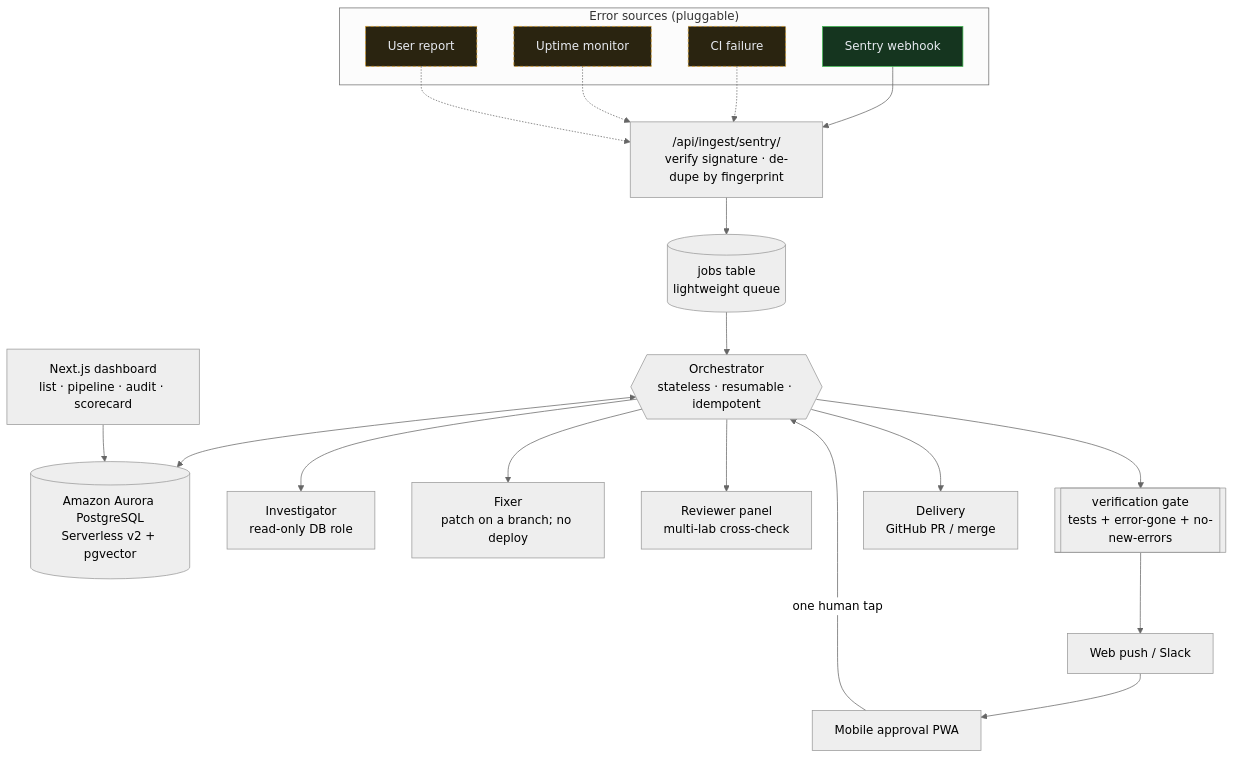
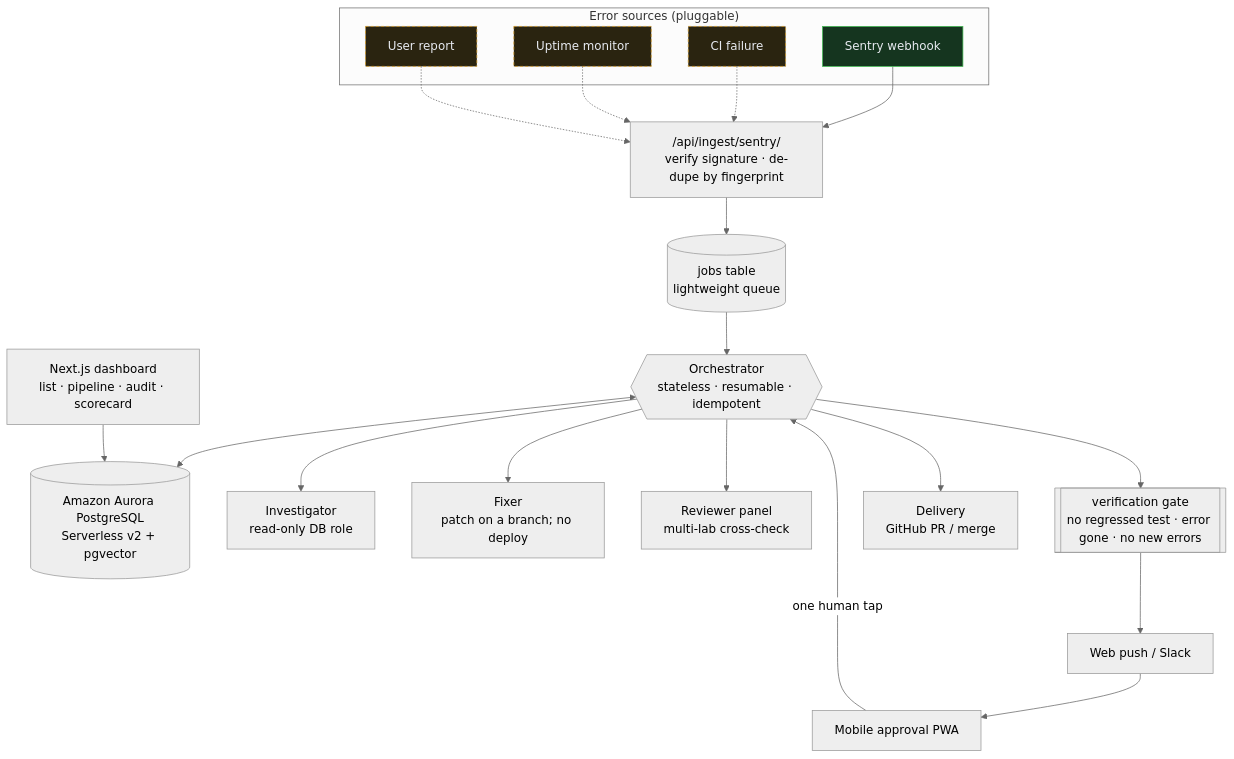
One commit to BlinkZ404/Warden-Web changed the first of 3 diagrams in docs/product/architecture.md. Above: the diagram before and after it, drawn with Mermaid (neutral theme). The commit also changed other lines of this file and 34 other files, not shown here.

````diff
--- a/docs/product/architecture.md
+++ b/docs/product/architecture.md
@@ -8,34 +10,34 @@
 ```mermaid
 flowchart TB
  subgraph sources["Error sources (pluggable)"]
  S[Sentry webhook]:::live
  CI[CI failure]:::stub
  UP[Uptime monitor]:::stub
  UR[User report]:::stub
  end
 
  S --> ING["/api/ingest/sentry/<br/>verify signature · de-dupe by fingerprint"]
  CI -.-> ING
  UP -.-> ING
  UR -.-> ING
 
  ING --> Q[(jobs table<br/>lightweight queue)]
  Q --> ORCH{{Orchestrator<br/>stateless · resumable · idempotent}}
 
  ORCH <--> DB[(Amazon Aurora PostgreSQL<br/>Serverless v2 + pgvector)]
 
  ORCH --> INV[Investigator<br/>read-only DB role]
  ORCH --> FIX[Fixer<br/>patch on a branch; no deploy]
  ORCH --> REV[Reviewer panel<br/>multi-lab cross-check]
- ORCH --> GATE[[verification gate<br/>tests + error-gone + no-new-errors]]
+ ORCH --> GATE[[verification gate<br/>no regressed test · error gone · no new errors]]
  ORCH --> DEP[Delivery<br/>GitHub PR / merge]
 
  GATE --> PUSH[Web push / Slack]
  PUSH --> PWA[Mobile approval PWA]
  PWA -->|one human tap| ORCH
 
  DASH[Next.js dashboard<br/>list · pipeline · audit · scorecard] --> DB
 
  classDef live fill:#15351f,stroke:#3fb950,color:#e7eaf0;
  classDef stub fill:#2a2410,stroke:#d29922,color:#e7eaf0,stroke-dasharray:4 3;
 ```
````
